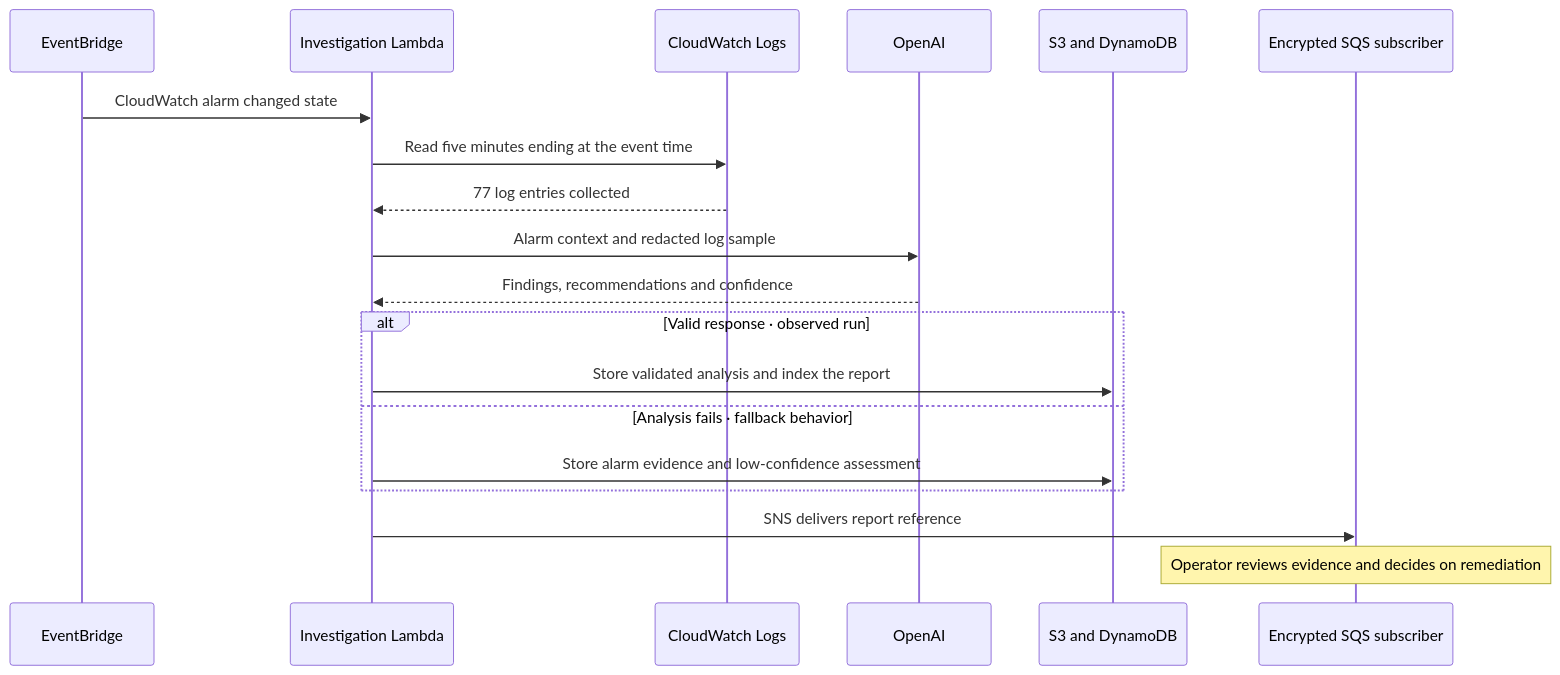
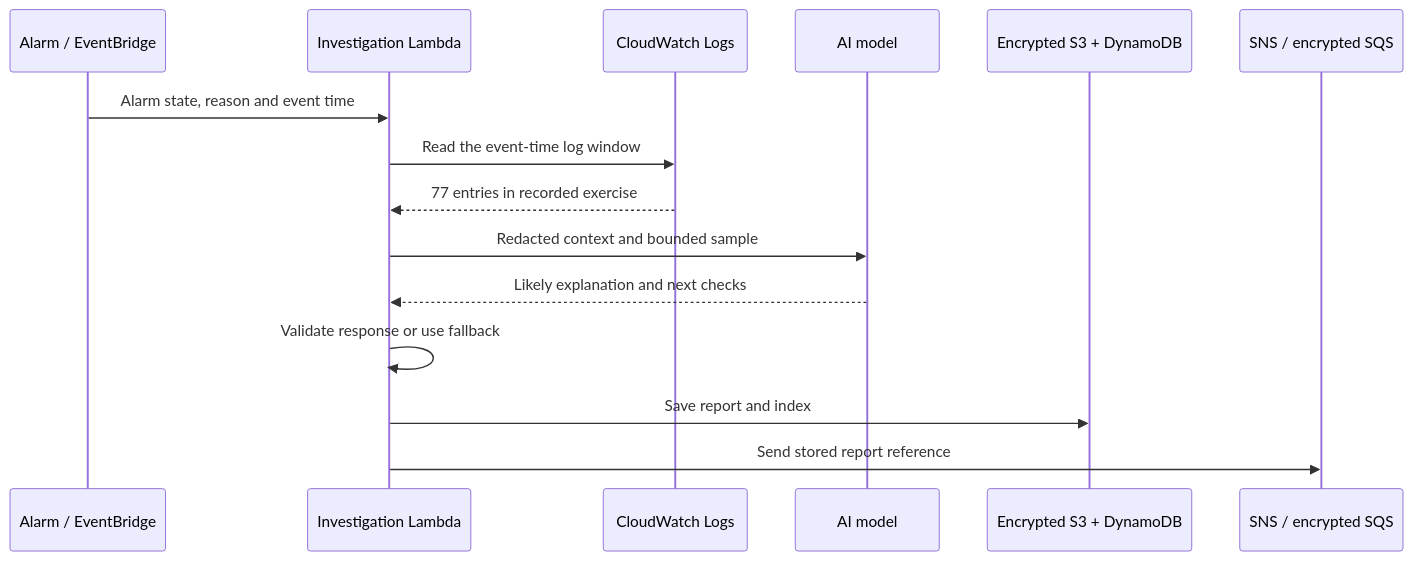
Before and after one commit to JNHolman/RSVP-Cloud-Platform: the second of 2 diagrams in project-1-cloud-foundation/README.md, drawn with Mermaid. The commit also changed other lines of this file and 5 other files, not shown here.

````diff
--- a/project-1-cloud-foundation/README.md
+++ b/project-1-cloud-foundation/README.md
@@ -37,21 +62,17 @@
-```mermaid
+~~~mermaid
 sequenceDiagram
-    participant E as EventBridge
+    participant A as Alarm / EventBridge
     participant L as Investigation Lambda
     participant C as CloudWatch Logs
-    participant M as OpenAI
-    participant R as S3 and DynamoDB
-    participant N as Encrypted SQS subscriber
-    E->>L: CloudWatch alarm changed state
-    L->>C: Read five minutes ending at the event time
-    C-->>L: 77 log entries collected
-    L->>M: Alarm context and redacted log sample
-    M-->>L: Findings, recommendations and confidence
-    alt Valid response · observed run
-        L->>R: Store validated analysis and index the report
-    else Analysis fails · fallback behavior
-        L->>R: Store alarm evidence and low-confidence assessment
-    end
-    L->>N: SNS delivers report reference
-    Note over N: Operator reviews evidence and decides on remediation
-```
+    participant M as AI model
+    participant S as Encrypted S3 + DynamoDB
+    participant Q as SNS / encrypted SQS
+    A->>L: Alarm state, reason and event time
+    L->>C: Read the event-time log window
+    C-->>L: 77 entries in recorded exercise
+    L->>M: Redacted context and bounded sample
+    M-->>L: Likely explanation and next checks
+    L->>L: Validate response or use fallback
+    L->>S: Save report and index
+    L->>Q: Send stored report reference
+~~~
````
